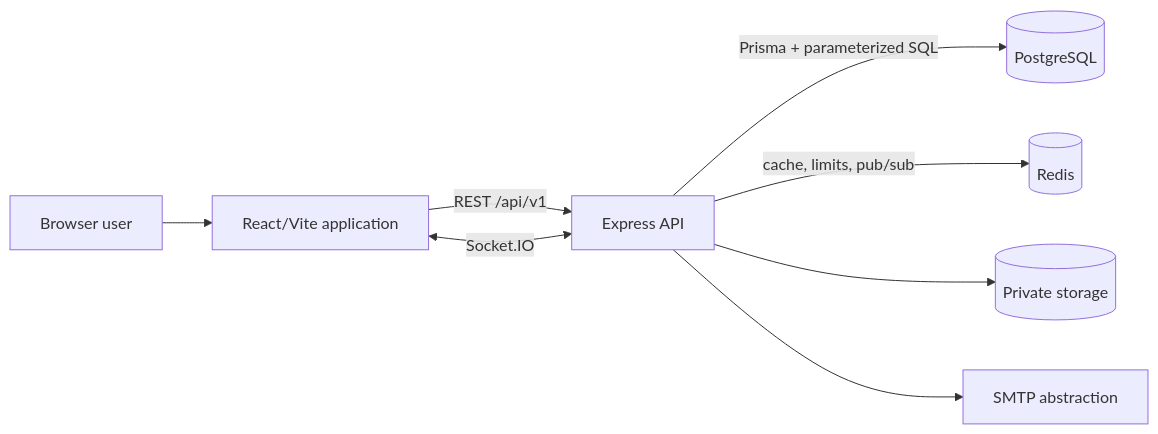
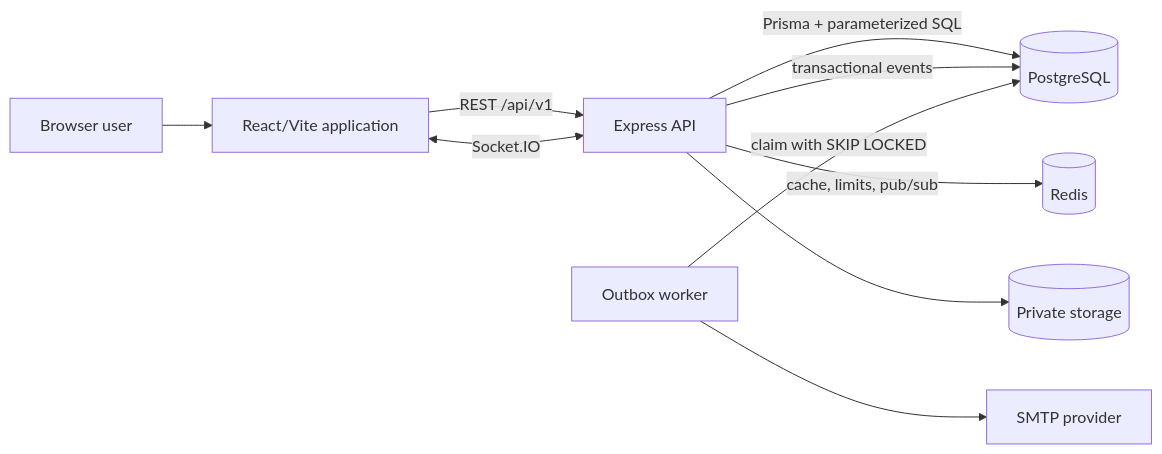
Before and after one commit to Kirosk31/orbit-project-management: the first of 2 diagrams in docs/architecture.md, drawn with Mermaid. The commit also changed other lines of this file and 26 other files, not shown here.

Commit message:
feat: add encrypted transactional email outbox

````diff
--- a/docs/architecture.md
+++ b/docs/architecture.md
@@ -7,10 +7,12 @@
 ```mermaid
 flowchart LR
   User[Browser user] --> Web[React/Vite application]
   Web -->|REST /api/v1| API[Express API]
   Web <-->|Socket.IO| API
   API -->|Prisma + parameterized SQL| DB[(PostgreSQL)]
   API -->|cache, limits, pub/sub| Redis[(Redis)]
   API --> Files[(Private storage)]
-  API --> Mail[SMTP abstraction]
+  API -->|transactional events| DB
+  Worker[Outbox worker] -->|claim with SKIP LOCKED| DB
+  Worker --> Mail[SMTP provider]
 ```
````
